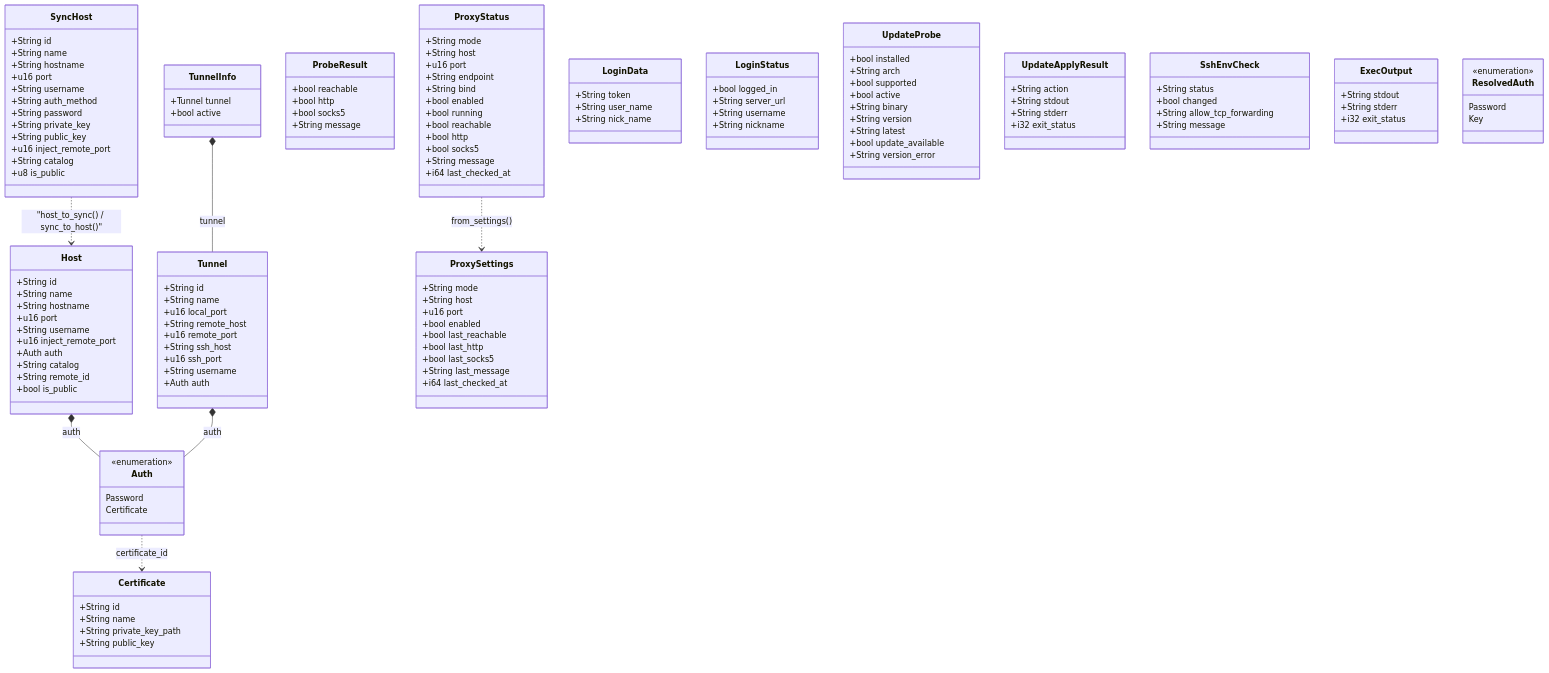
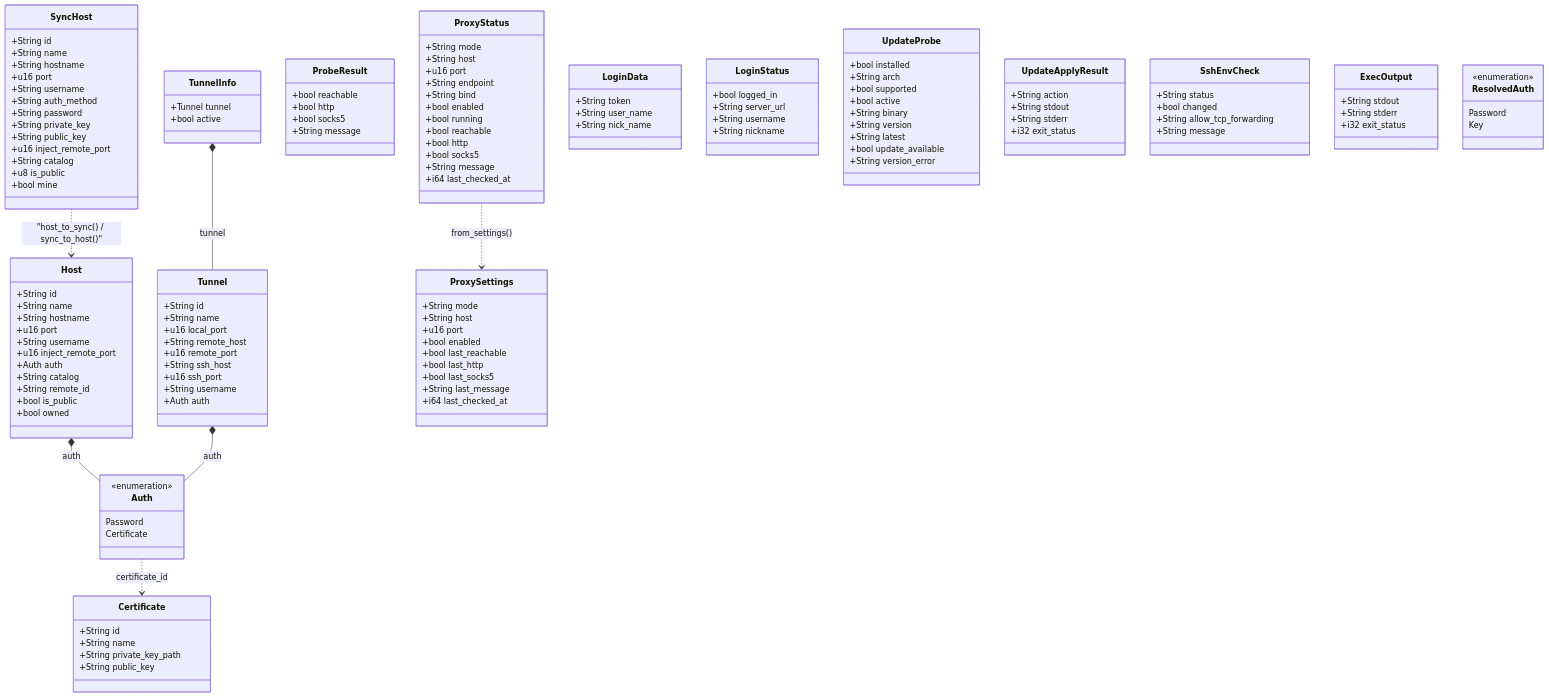
One commit to zhangjianshe/cangling-keeper changed the second of 3 diagrams in README.md. Above: the diagram before and after it, drawn with Mermaid. The commit also changed other lines of this file and 7 other files, not shown here.

```diff
--- a/README.md
+++ b/README.md
@@ -108,6 +109,7 @@
         +String catalog
         +String remote_id
         +bool is_public
+        +bool owned
     }
     class Auth {
         <<enumeration>>
@@ -179,6 +181,7 @@
         +u16 inject_remote_port
         +String catalog
         +u8 is_public
+        +bool mine
     }
     class LoginData {
         +String token
```
